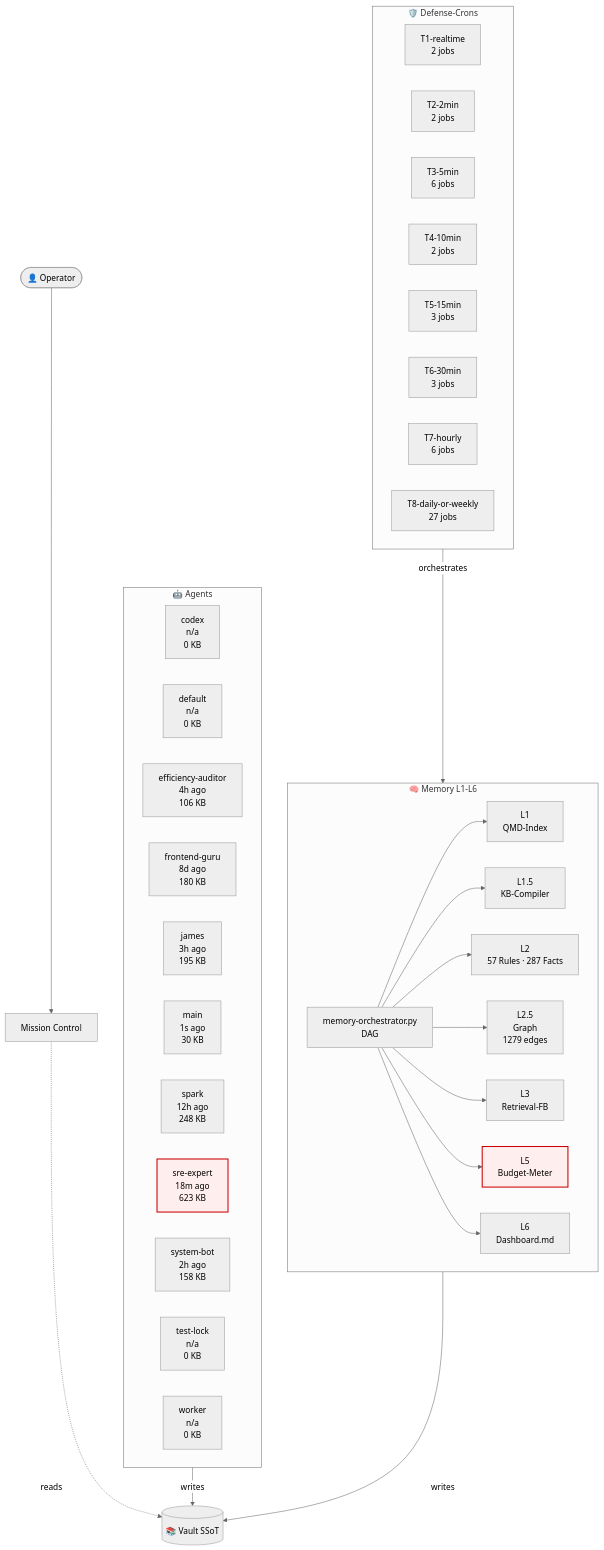
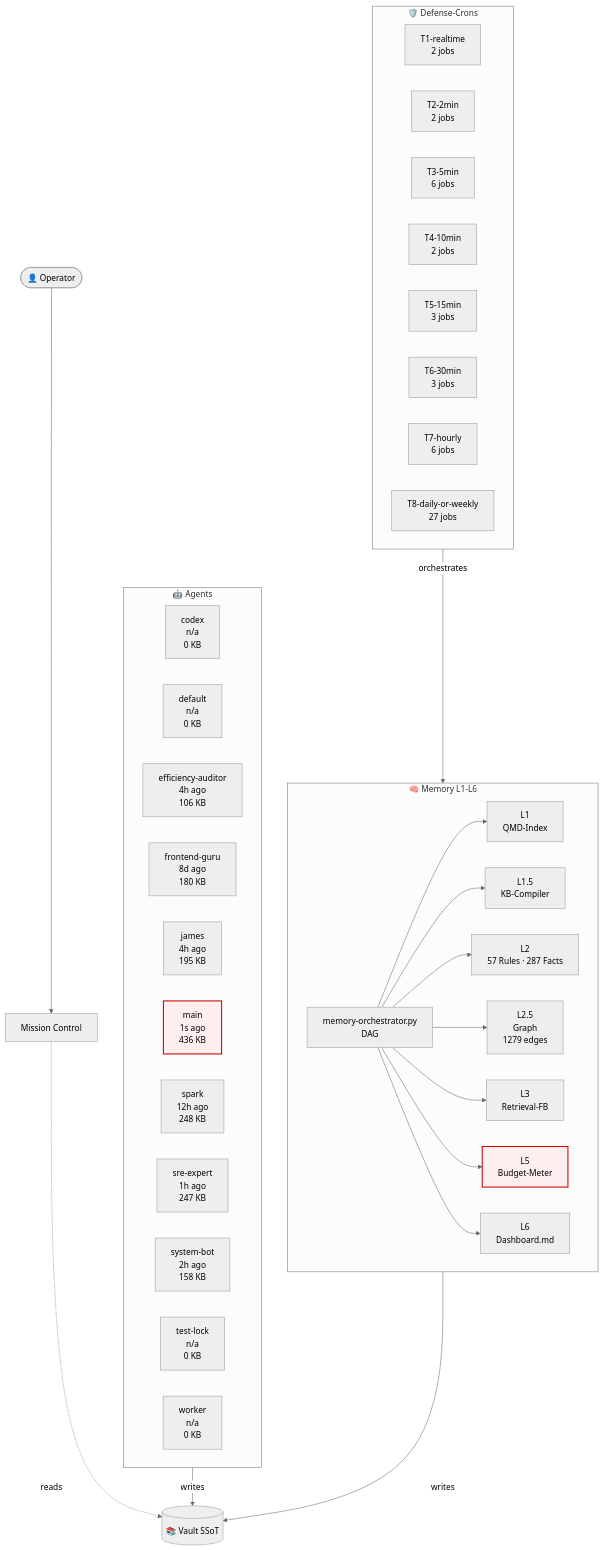
One commit to lenardhuebner88-rgb/openclaw-memory changed the diagram in 03-Agents/architecture-live.md. Above: the diagram before and after it, drawn with Mermaid (neutral theme). The commit also changed other lines of this file and 28 other files, not shown here.

````diff
--- a/03-Agents/architecture-live.md
+++ b/03-Agents/architecture-live.md
@@ -18,54 +18,54 @@
 ```mermaid
 flowchart TB
     classDef critical fill:#fee,stroke:#c00,stroke-width:2px;
     subgraph AGT["🤖 Agents"]
         agent_codex["codex<br/>n/a<br/>0 KB"]
         agent_default["default<br/>n/a<br/>0 KB"]
         agent_efficiency_auditor["efficiency-auditor<br/>4h ago<br/>106 KB"]
         agent_frontend_guru["frontend-guru<br/>8d ago<br/>180 KB"]
-        agent_james["james<br/>3h ago<br/>195 KB"]
-        agent_main["main<br/>1s ago<br/>30 KB"]
+        agent_james["james<br/>4h ago<br/>195 KB"]
+        agent_main["main<br/>1s ago<br/>436 KB"]
         agent_spark["spark<br/>12h ago<br/>248 KB"]
-        agent_sre_expert["sre-expert<br/>18m ago<br/>623 KB"]
+        agent_sre_expert["sre-expert<br/>1h ago<br/>247 KB"]
         agent_system_bot["system-bot<br/>2h ago<br/>158 KB"]
         agent_test_lock["test-lock<br/>n/a<br/>0 KB"]
         agent_worker["worker<br/>n/a<br/>0 KB"]
     end
     subgraph MEM["🧠 Memory L1-L6"]
         L1["L1<br/>QMD-Index"]
         L15["L1.5<br/>KB-Compiler"]
         L2["L2<br/>57 Rules · 287 Facts"]
         L25["L2.5<br/>Graph<br/>1279 edges"]
         L3["L3<br/>Retrieval-FB"]
         L5["L5<br/>Budget-Meter"]
         L6["L6<br/>Dashboard.md"]
         ORCH["memory-orchestrator.py<br/>DAG"]
     end
     subgraph CRN["🛡️ Defense-Crons"]
         tier_T1_realtime["T1-realtime<br/>2 jobs"]
         tier_T2_2min["T2-2min<br/>2 jobs"]
         tier_T3_5min["T3-5min<br/>6 jobs"]
         tier_T4_10min["T4-10min<br/>2 jobs"]
         tier_T5_15min["T5-15min<br/>3 jobs"]
         tier_T6_30min["T6-30min<br/>3 jobs"]
         tier_T7_hourly["T7-hourly<br/>6 jobs"]
         tier_T8_daily_or_weekly["T8-daily-or-weekly<br/>27 jobs"]
     end
     VAULT[("📚 Vault SSoT")]
     OP([👤 Operator])
     MC["Mission Control"]
     OP --> MC
     MC -.reads.-> VAULT
     AGT -->|writes| VAULT
     MEM -->|writes| VAULT
     ORCH --> L1
     ORCH --> L15
     ORCH --> L2
     ORCH --> L25
     ORCH --> L3
     ORCH --> L5
     ORCH --> L6
     CRN -->|orchestrates| MEM
     class L5 critical
-    class agent_sre_expert critical
+    class agent_main critical
 ```
````
